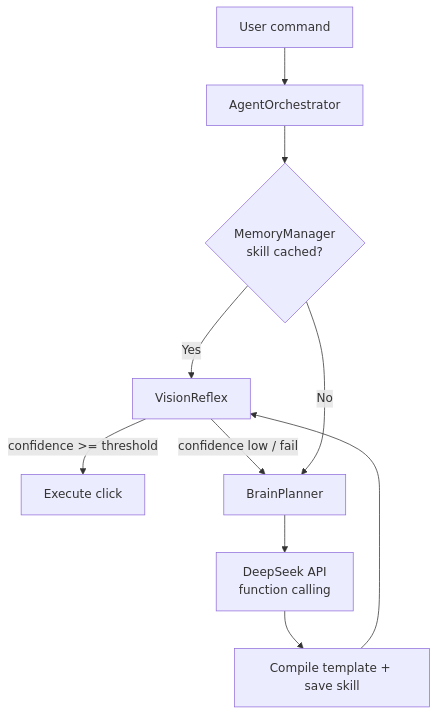
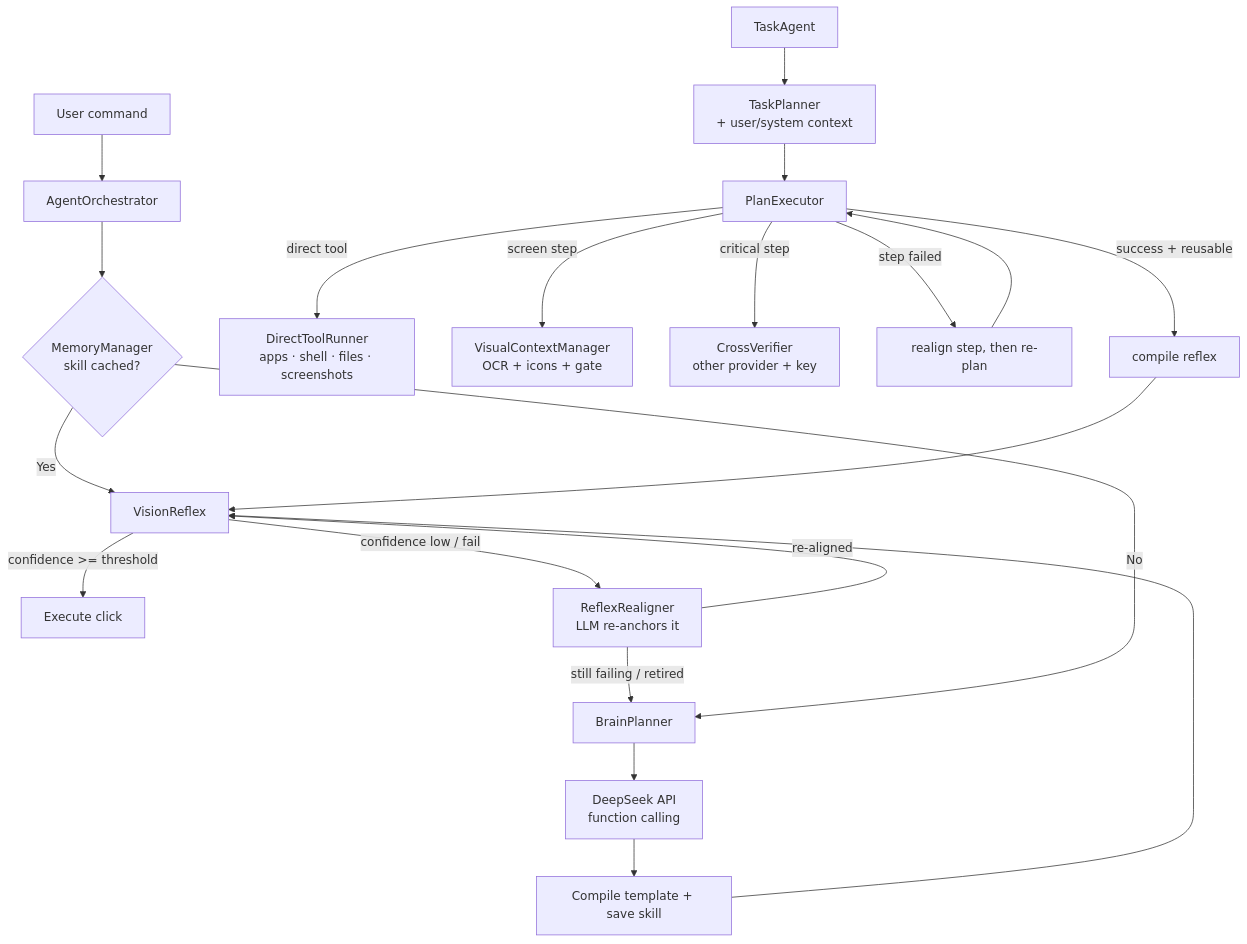
One commit to akshit-python-programmer/FurtiAI changed the diagram in README.md. Above: the diagram before and after it, drawn with Mermaid. The commit also changed other lines of this file and 140 other files, not shown here.

````diff
--- a/README.md
+++ b/README.md
@@ -13,12 +13,24 @@
 ```mermaid
 flowchart TD
     A[User command] --> B[AgentOrchestrator]
     B --> C{MemoryManager<br/>skill cached?}
     C -->|Yes| D[VisionReflex]
     D -->|confidence >= threshold| E[Execute click]
-    D -->|confidence low / fail| F[BrainPlanner]
+    D -->|confidence low / fail| R[ReflexRealigner<br/>LLM re-anchors it]
+    R -->|re-aligned| D
+    R -->|still failing / retired| F[BrainPlanner]
     C -->|No| F
     F --> G[DeepSeek API<br/>function calling]
     G --> H[Compile template + save skill]
     H --> D
+
+    T[TaskAgent] --> P[TaskPlanner<br/>+ user/system context]
+    P --> X[PlanExecutor]
+    X -->|direct tool| DT[DirectToolRunner<br/>apps · shell · files · screenshots]
+    X -->|screen step| V[VisualContextManager<br/>OCR + icons + gate]
+    X -->|critical step| CV[CrossVerifier<br/>other provider + key]
+    X -->|step failed| RA[realign step, then re-plan]
+    X -->|success + reusable| M[compile reflex]
+    RA --> X
+    M --> D
 ```
````
